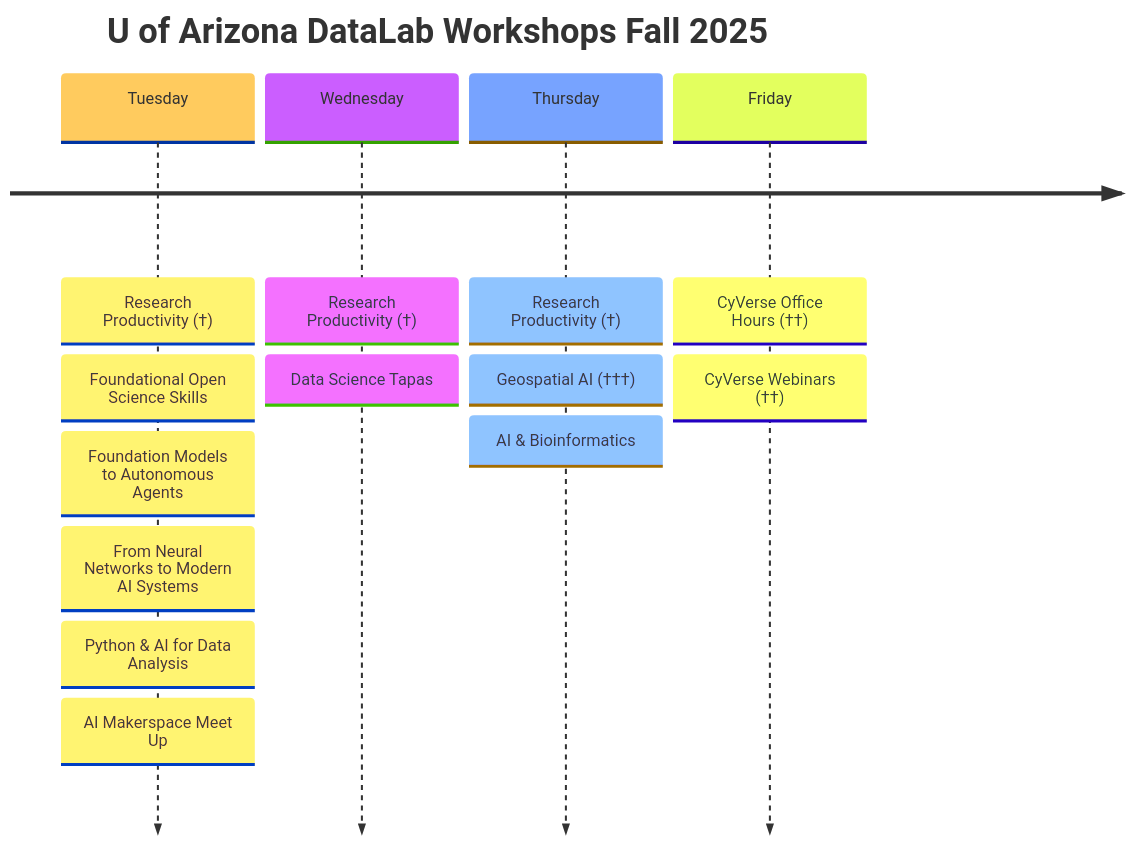
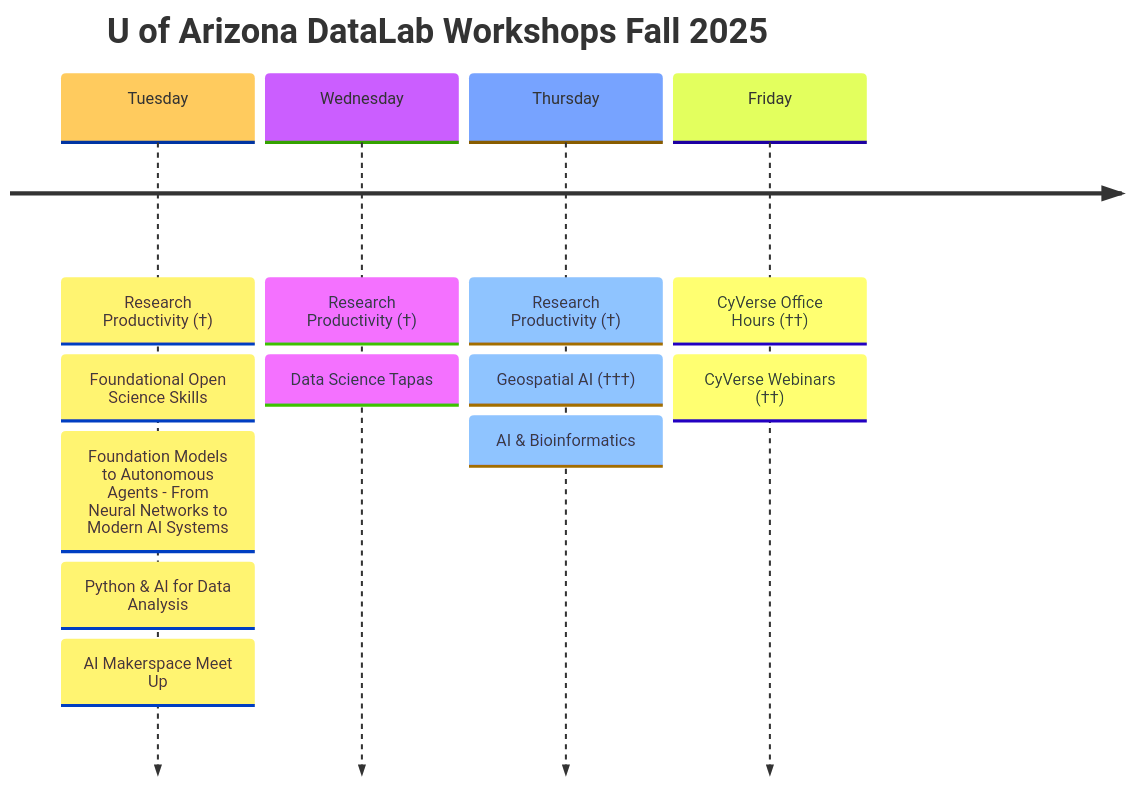
Before and after one commit to ua-datalab/ua-datalab.github.io: the diagram in docs/index.md, drawn with Mermaid.

````diff
--- a/docs/index.md
+++ b/docs/index.md
@@ -31,17 +31,17 @@
 ```mermaid
 %%{init: { 'logLevel': 'debug', 'theme': 'base' } }%%
 timeline
     title U of Arizona DataLab Workshops Fall 2025
     Tuesday : Research Productivity (†)
             : Foundational Open Science Skills
-	    : Foundation Models to Autonomous Agents: From Neural Networks to Modern AI Systems
+	    : Foundation Models to Autonomous Agents - From Neural Networks to Modern AI Systems
 	    : Python & AI for Data Analysis
 	    : AI Makerspace Meet Up
     Wednesday : Research Productivity (†)
 	    : Data Science Tapas
     Thursday : Research Productivity (†)
              : Geospatial AI (†††)
     	     : AI & Bioinformatics 
     Friday : CyVerse Office Hours (††)
     	   : CyVerse Webinars (††)
 ```
````
